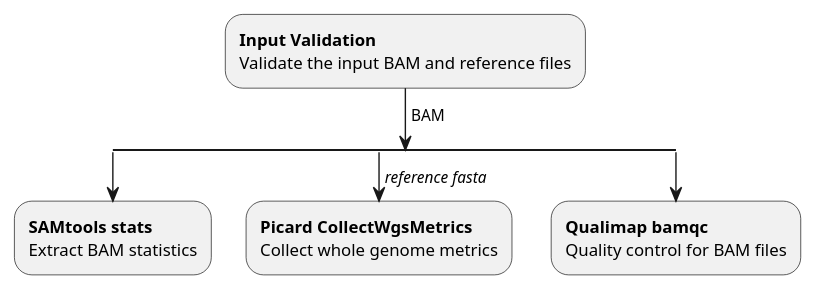
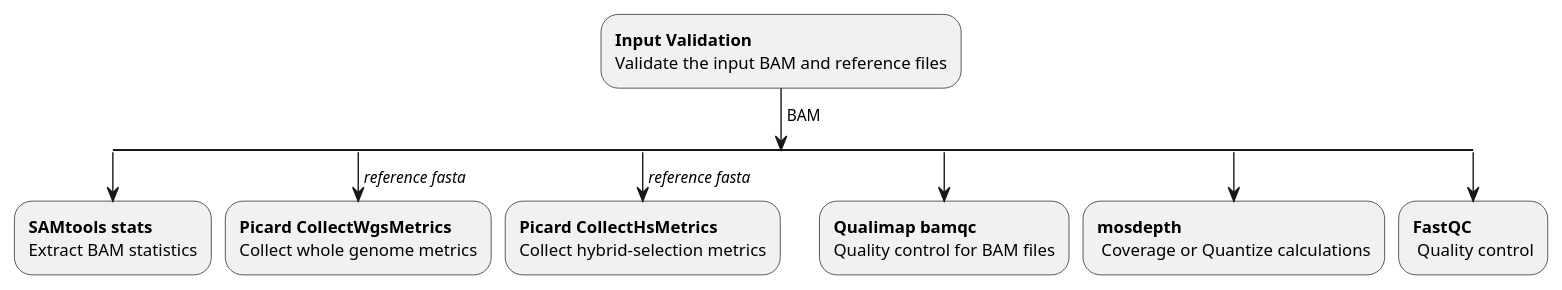
The diagram in docs/sqc-bam-flow.puml (uclahs-cds/pipeline-generate-SQC-BAM), drawn with PlantUML before and after one commit.

Commit message:
update flow chart

```diff
--- a/docs/sqc-bam-flow.puml
+++ b/docs/sqc-bam-flow.puml
@@ -1,16 +1,26 @@
 @startuml
 skinparam SwimlaneTitleFontStyle bold
 :**Input Validation**\nValidate the input BAM and reference files;
 -> BAM;
 split
   :**SAMtools stats**\nExtract BAM statistics;
   kill
 split again
   -> //reference fasta//;
   :**Picard CollectWgsMetrics**\nCollect whole genome metrics;
   kill
 split again
+  -> //reference fasta//;
+  :**Picard CollectHsMetrics**\nCollect hybrid-selection metrics;
+  kill
+split again
   :**Qualimap bamqc**\nQuality control for BAM files;
+  kill
+split again
+  :**mosdepth**\n Coverage or Quantize calculations;
+  kill
+split again
+  :**FastQC**\n Quality control;
   kill
 end split
 @enduml
```
